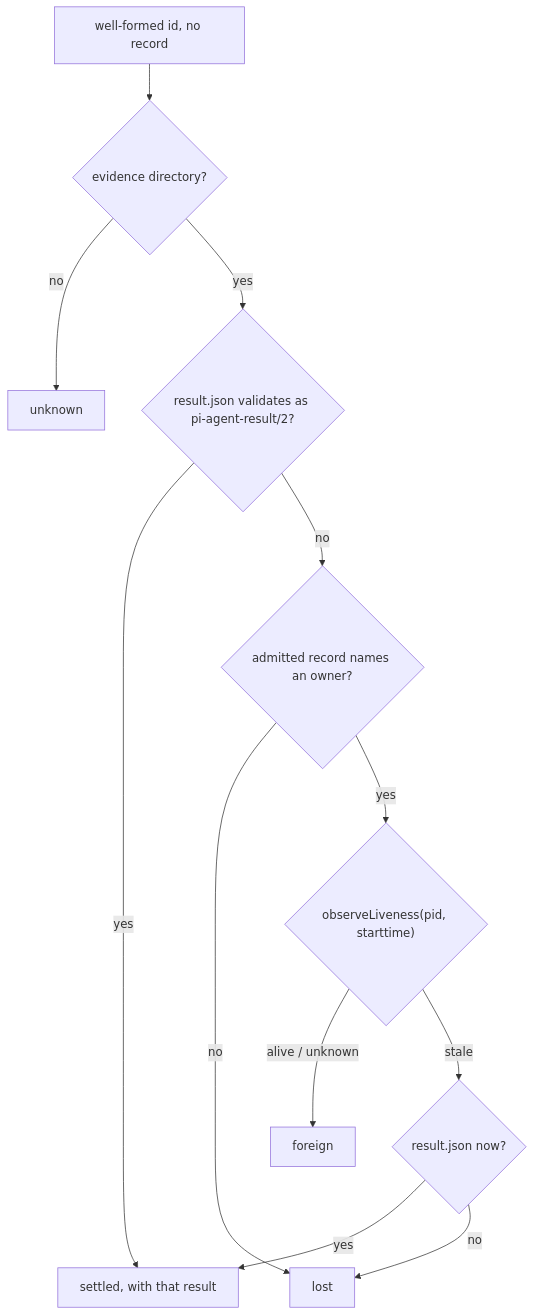
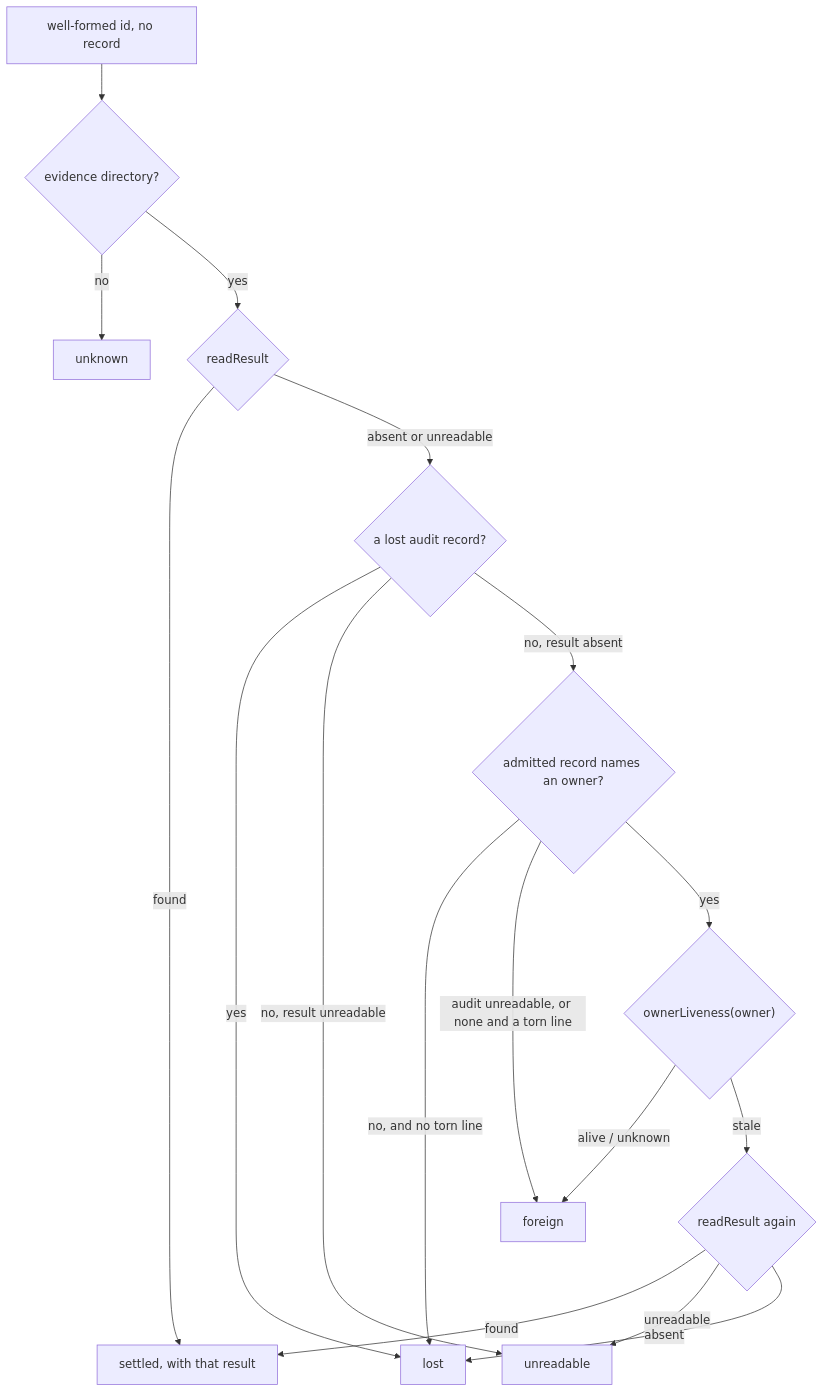
The third of 6 diagrams in .doctrine/slice/004/design.md (davidlee/quotient), drawn with Mermaid before and after one commit. The commit also changed other lines of this file and 14 other files, not shown here.

````diff
--- a/.doctrine/slice/004/design.md
+++ b/.doctrine/slice/004/design.md
@@ -378,14 +383,19 @@
 ```mermaid
 flowchart TD
   id["well-formed id, no record"] --> dir{"evidence directory?"}
   dir -- no --> unknown["unknown"]
-  dir -- yes --> res{"result.json validates as pi-agent-result/2?"}
-  res -- yes --> settled["settled, with that result"]
-  res -- no --> owner{"admitted record names an owner?"}
-  owner -- no --> lost["lost"]
-  owner -- yes --> live{"observeLiveness(pid, starttime)"}
-  live -- alive / unknown --> foreign["foreign"]
-  live -- stale --> reread{"result.json now?"}
-  reread -- yes --> settled
-  reread -- no --> lost
+  dir -- yes --> res{"readResult"}
+  res -- found --> settled["settled, with that result"]
+  res -- "absent or unreadable" --> lostrec{"a lost audit record?"}
+  lostrec -- yes --> lost["lost"]
+  lostrec -- "no, result unreadable" --> unreadable["unreadable"]
+  lostrec -- "no, result absent" --> owner{"admitted record names an owner?"}
+  owner -- "no, and no torn line" --> lost
+  owner -- "audit unreadable, or none and a torn line" --> foreign["foreign"]
+  owner -- yes --> live{"ownerLiveness(owner)"}
+  live -- alive / unknown --> foreign
+  live -- stale --> reread{"readResult again"}
+  reread -- found --> settled
+  reread -- unreadable --> unreadable
+  reread -- absent --> lost
 ```
````
